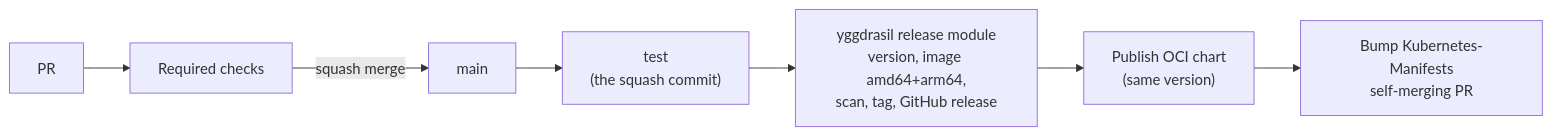
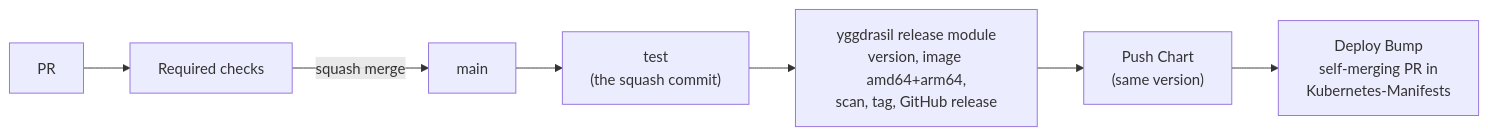
One commit to zimmertr/hevy-garmin-sync changed the diagram in docs/CICD.md. Above: the diagram before and after it, drawn with Mermaid. The commit also changed other lines of this file and 14 other files, not shown here.

First line of the commit message:
ci: check, push and deploy the chart through yggdrasil's modules (#41)

````diff
--- a/docs/CICD.md
+++ b/docs/CICD.md
@@ -5,9 +5,9 @@
 ```mermaid
 flowchart LR
   pr["PR"] --> checks["Required checks"]
   checks -->|squash merge| main["main"]
   main --> test["test<br/>(the squash commit)"]
   test --> release["yggdrasil release module<br/>version, image amd64+arm64,<br/>scan, tag, GitHub release"]
-  release --> chart["Publish OCI chart<br/>(same version)"]
-  chart --> bump["Bump Kubernetes-Manifests<br/>self-merging PR"]
+  release --> chart["Push Chart<br/>(same version)"]
+  chart --> bump["Deploy Bump<br/>self-merging PR in<br/>Kubernetes-Manifests"]
 ```
````
